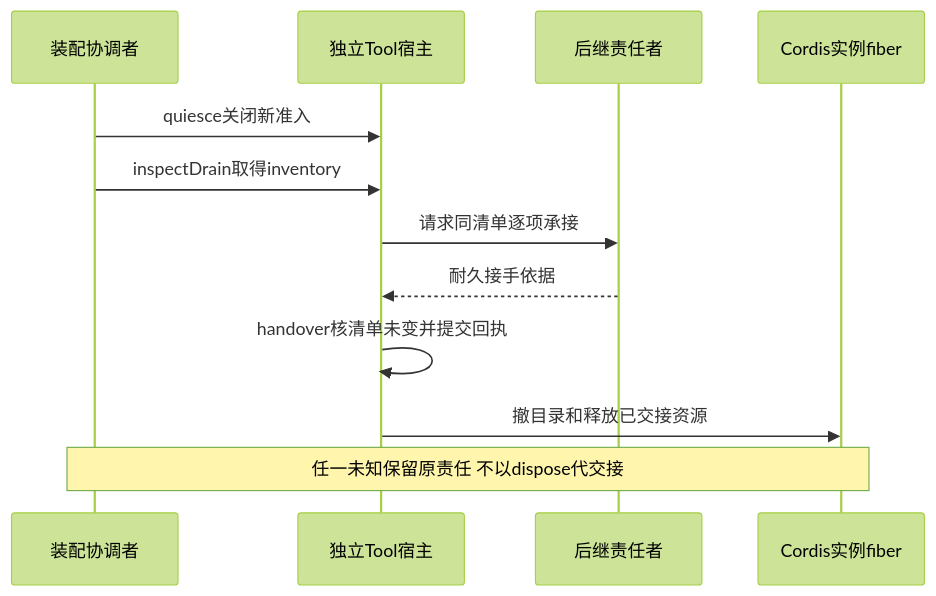
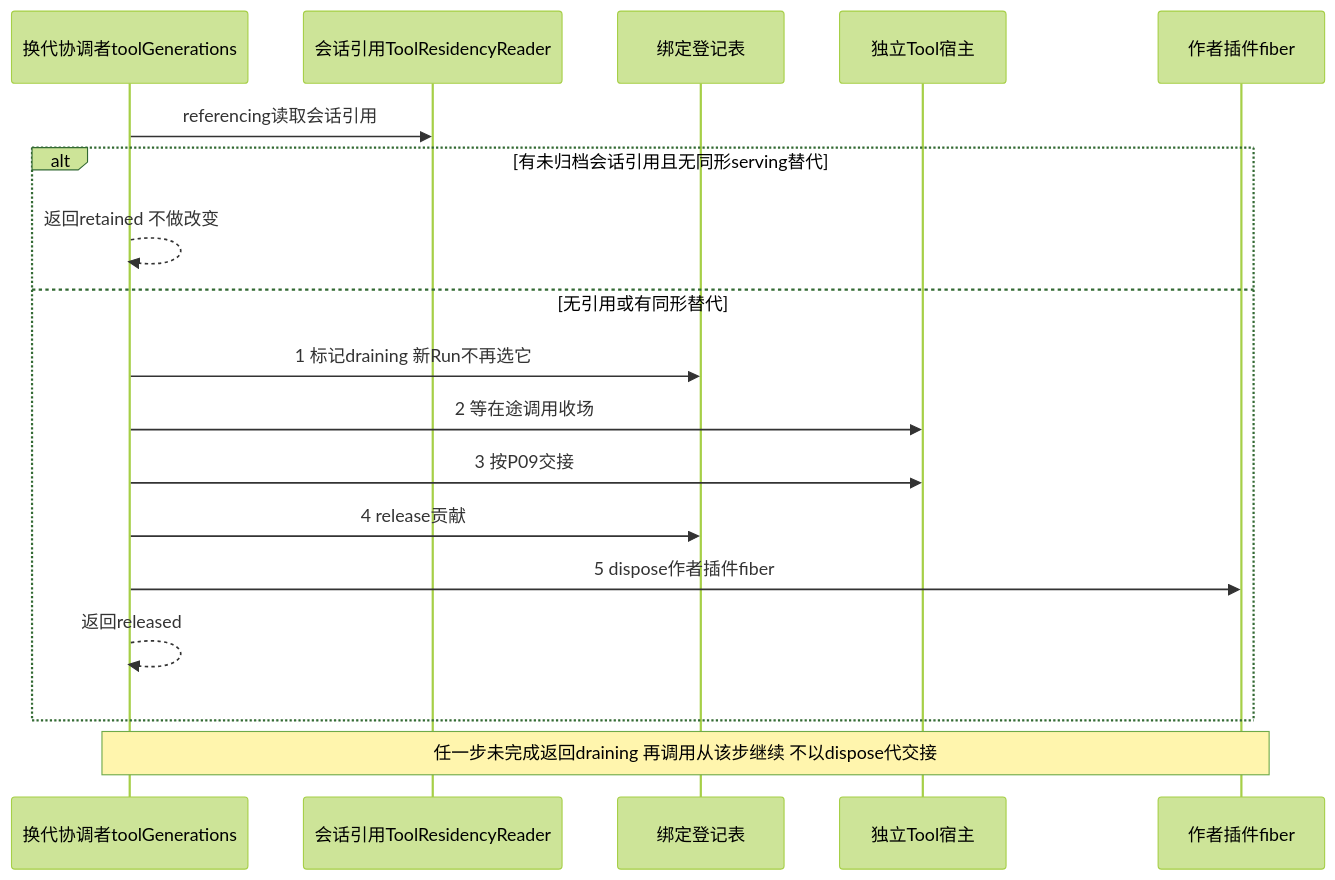
One commit to nemori-ai/omne-harness-lite changed the diagram in packages/tool/tool-host-local/docs/cordis.md. Above: the diagram before and after it, drawn with Mermaid (forest theme). The commit also changed other lines of this file and 27 other files, not shown here.

````diff
--- a/packages/tool/tool-host-local/docs/cordis.md
+++ b/packages/tool/tool-host-local/docs/cordis.md
@@ -59,14 +63,20 @@
 ```mermaid
 sequenceDiagram
-    participant A as 装配协调者
+    participant G as 换代协调者toolGenerations
+    participant R as 会话引用ToolResidencyReader
+    participant B as 绑定登记表
     participant H as 独立Tool宿主
-    participant S as 后继责任者
-    participant F as Cordis实例fiber
-    A->>H: quiesce关闭新准入
-    A->>H: inspectDrain取得inventory
-    H->>S: 请求同清单逐项承接
-    S-->>H: 耐久接手依据
-    H->>H: handover核清单未变并提交回执
-    H->>F: 撤目录和释放已交接资源
-    Note over A,F: 任一未知保留原责任 不以dispose代交接
+    participant F as 作者插件fiber
+    G->>R: referencing读取会话引用
+    alt 有未归档会话引用且无同形serving替代
+        G-->>G: 返回retained 不做改变
+    else 无引用或有同形替代
+        G->>B: 1 标记draining 新Run不再选它
+        G->>H: 2 等在途调用收场
+        G->>H: 3 按P09交接
+        G->>B: 4 release贡献
+        G->>F: 5 dispose作者插件fiber
+        G-->>G: 返回released
+    end
+    Note over G,F: 任一步未完成返回draining 再调用从该步继续 不以dispose代交接
 ```
````
